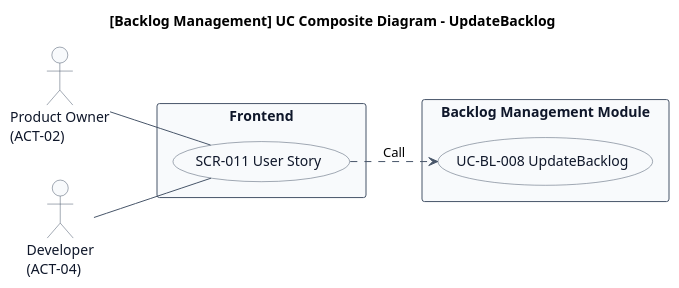
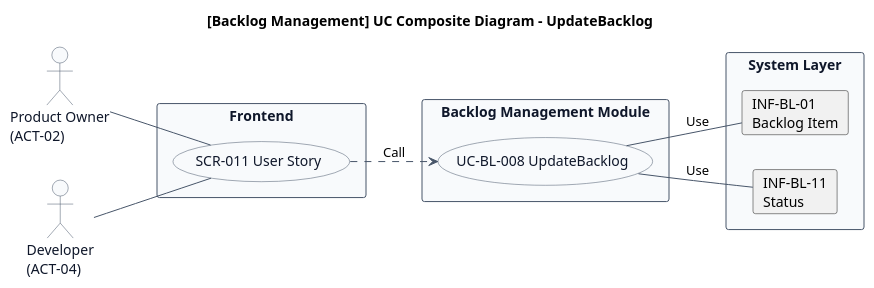
The first of 2 diagrams in docs/22 要件定義書/AG アジルーム/03 機能要件/AG-02 要求バックログ管理/03.システム境界/UC-BL-008 バックログ項目を更新する/UC複合図.md (mizo432/modulith-learning), drawn with PlantUML before and after one commit. The commit also changed other lines of this file and 209 other files, not shown here.

````diff
--- a/docs/22 要件定義書/AG アジルーム/03 機能要件/AG-02 要求バックログ管理/03.システム境界/UC-BL-008 バックログ項目を更新する/UC複合図.md
+++ b/docs/22 要件定義書/AG アジルーム/03 機能要件/AG-02 要求バックログ管理/03.システム境界/UC-BL-008 バックログ項目を更新する/UC複合図.md
@@ -11,38 +11,45 @@
 ```plantuml
 title [Backlog Management] UC Composite Diagram - UpdateBacklog
 left to right direction
 
 skinparam usecase {
   BackgroundColor #F8FAFC
   BorderColor #475569
   FontColor #0F172A
 }
 skinparam actor {
   BackgroundColor #F8FAFC
   BorderColor #475569
   FontColor #0F172A
 }
 skinparam rectangle {
   BackgroundColor #F8FAFC
   BorderColor #475569
   FontColor #0F172A
 }
 skinparam arrowColor #475569
 skinparam shadowing false
 
 actor "Product Owner\n(ACT-02)" as ACT1
 actor "Developer\n(ACT-04)" as ACT2
 
 rectangle "Frontend" {
   usecase "SCR-011 User Story" as SCR
 }
 
 rectangle "Backlog Management Module" {
   usecase "UC-BL-008 UpdateBacklog" as UC
 }
 
+rectangle "System Layer" {
+  card "INF-BL-01\nBacklog Item" as INF01
+  card "INF-BL-11\nStatus" as INF11
+}
+
 ACT1 -- SCR
 ACT2 -- SCR
 SCR ..> UC : Call
+UC -- INF01 : Use
+UC -- INF11 : Use
 @enduml
 ```
````
